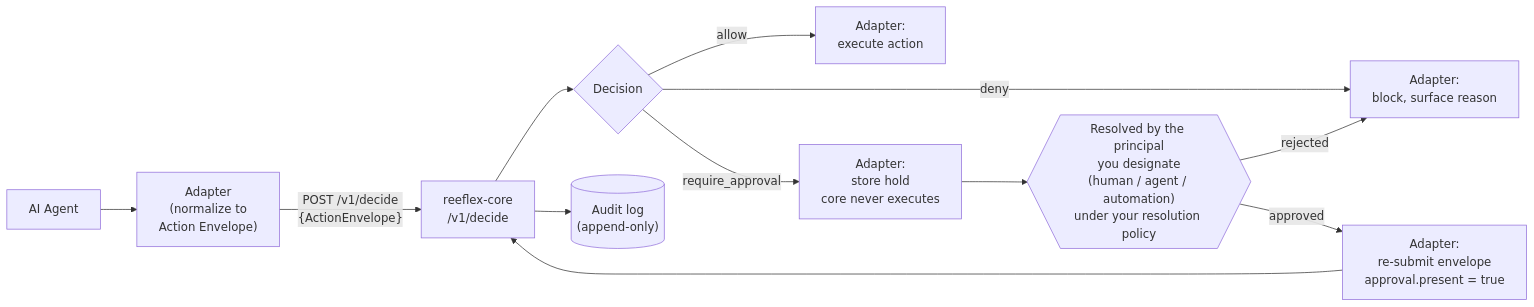
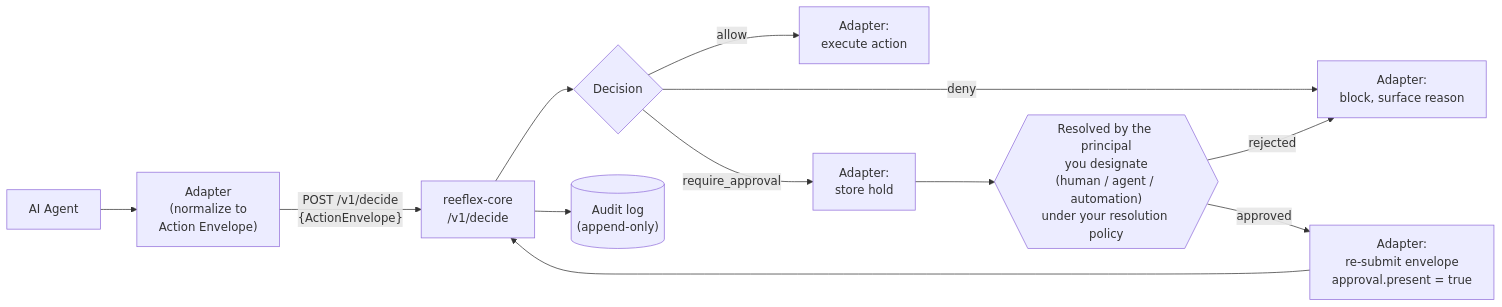
Before and after one commit to Reeflex-io/reeflex: the first of 3 diagrams in docs/architecture.md, drawn with Mermaid. The commit also changed other lines of this file and 5 other files, not shown here.

First line of the commit message:
docs: clarity pass — consolidate AIL/handover, whitepaper links, sequence-diagram PNG

````diff
--- a/docs/architecture.md
+++ b/docs/architecture.md
@@ -11,14 +11,14 @@
 ```mermaid
 flowchart LR
     A[AI Agent] --> B["Adapter\n(normalize to\nAction Envelope)"]
     B -->|"POST /v1/decide\n{ActionEnvelope}"| C["reeflex-core\n/v1/decide"]
     C --> D{Decision}
     D -->|allow| E["Adapter:\nexecute action"]
     D -->|deny| F["Adapter:\nblock, surface reason"]
-    D -->|require_approval| G["Adapter:\nstore hold\ncore never executes"]
+    D -->|require_approval| G["Adapter:\nstore hold"]
     G --> H{{"Resolved by the principal\nyou designate\n(human / agent / automation)\nunder your resolution policy"}}
     H -->|approved| I["Adapter:\nre-submit envelope\napproval.present = true"]
     I --> C
     H -->|rejected| F
     C --> AU[("Audit log\n(append-only)")]
 ```
````
